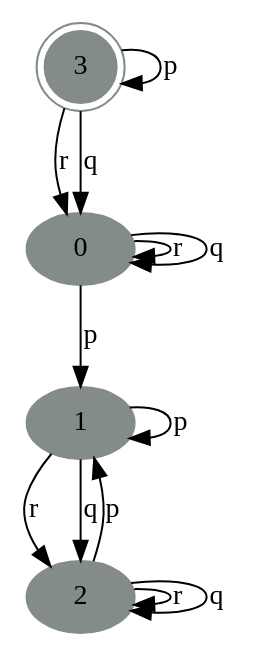
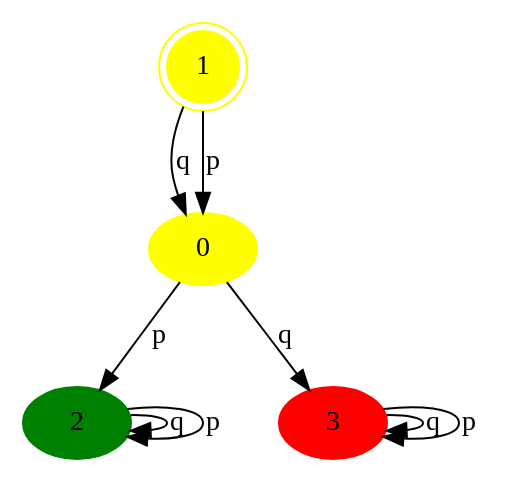
Before and after one commit to AngeloFerrando/MonitorWithSafetyAndCoSafetyCompletions: the diagram in monitor.dot, drawn with Graphviz. The commit also changed 6 other files, not shown here.

```diff
--- a/monitor.dot
+++ b/monitor.dot
@@ -1,18 +1,14 @@
 digraph Monitor {
-	0 [label=0 color=azure4 style=filled]
-	1 [label=1 color=azure4 style=filled]
-	2 [label=2 color=azure4 style=filled]
-	3 [label=3 color=azure4 shape=doublecircle style=filled]
-	0 -> 0 [label=r]
-	0 -> 0 [label=q]
-	0 -> 1 [label=p]
-	1 -> 2 [label=r]
-	1 -> 2 [label=q]
-	1 -> 1 [label=p]
-	2 -> 2 [label=r]
+	0 [label=0 color=yellow style=filled]
+	1 [label=1 color=yellow shape=doublecircle style=filled]
+	2 [label=2 color=green style=filled]
+	3 [label=3 color=red style=filled]
+	0 -> 3 [label=q]
+	0 -> 2 [label=p]
+	1 -> 0 [label=q]
+	1 -> 0 [label=p]
 	2 -> 2 [label=q]
-	2 -> 1 [label=p]
-	3 -> 0 [label=r]
-	3 -> 0 [label=q]
+	2 -> 2 [label=p]
+	3 -> 3 [label=q]
 	3 -> 3 [label=p]
 }
```
